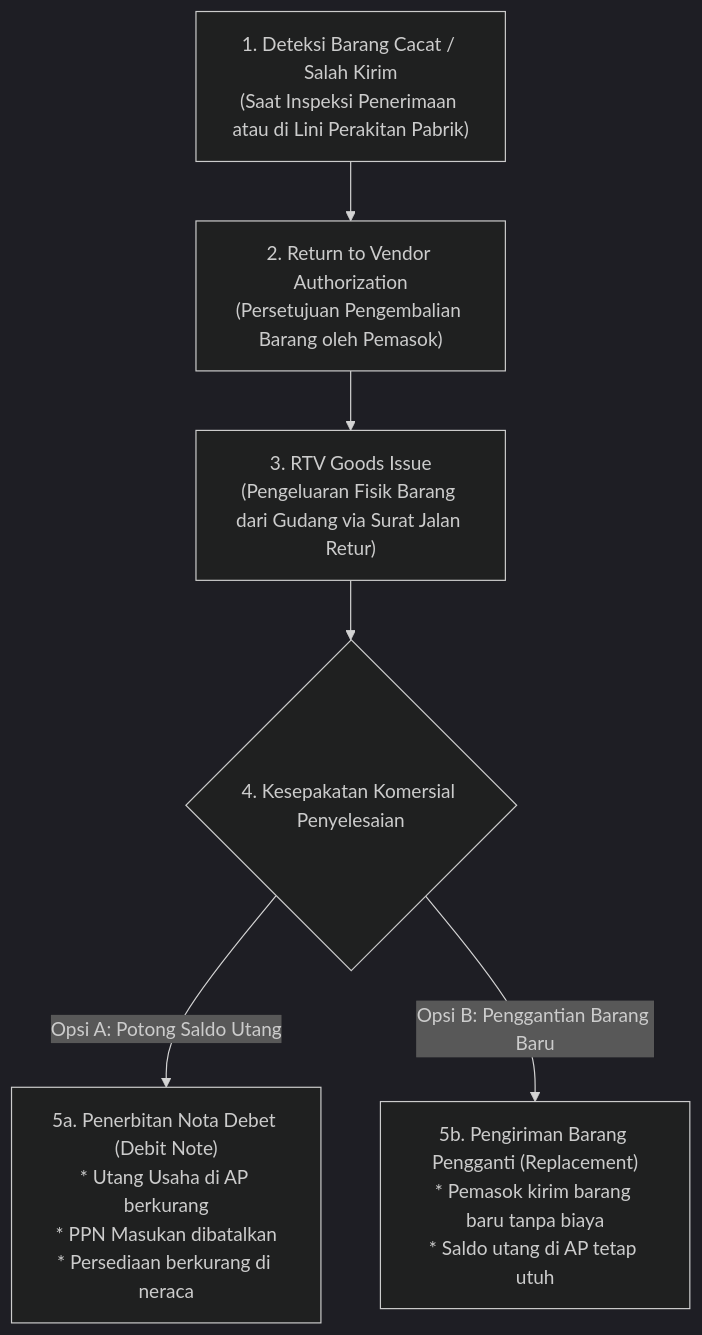
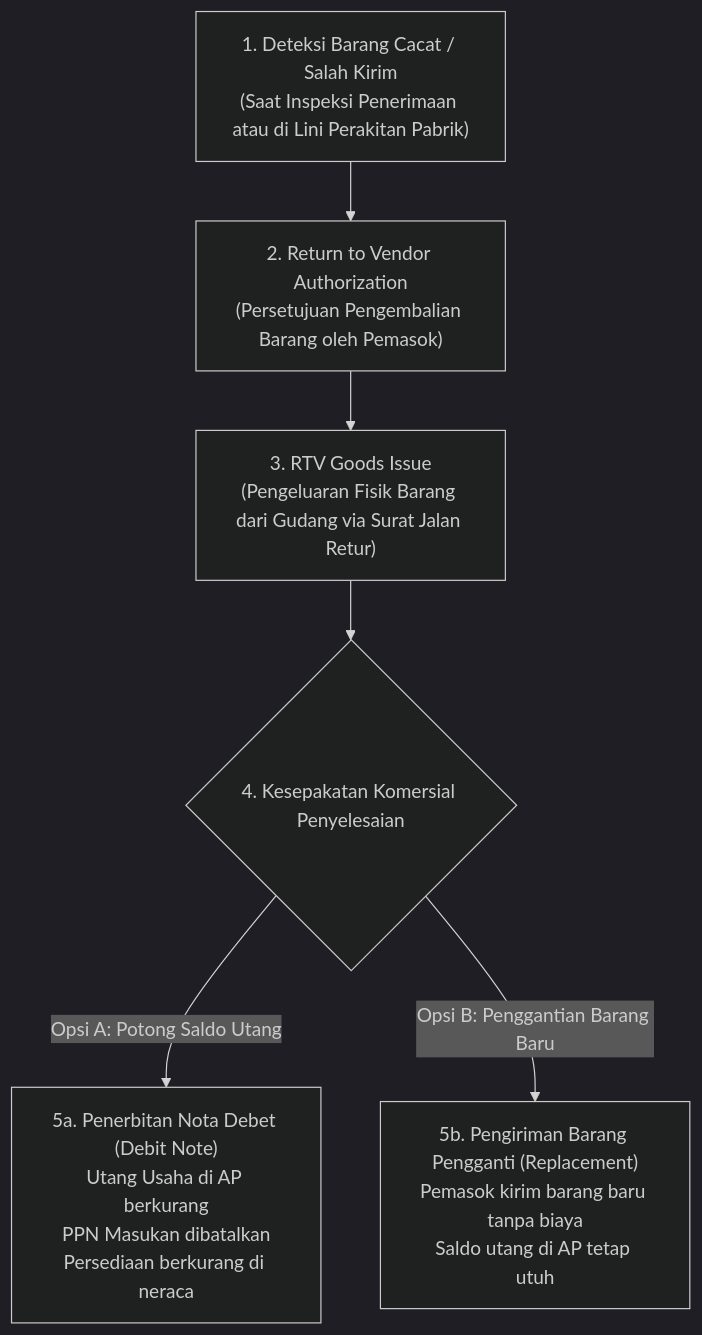
Before and after one commit to alimurrofid/erp-notes: the diagram in content/04-purchasing/purchase-return-and-debit-note.md, drawn with Mermaid (dark theme). The commit also changed 59 other files, not shown here.

Commit message:
fix(content):enter character mermaid

````diff
--- a/content/04-purchasing/purchase-return-and-debit-note.md
+++ b/content/04-purchasing/purchase-return-and-debit-note.md
@@ -32,12 +32,12 @@
 ```mermaid
 flowchart TD
-    Defect["1. Deteksi Barang Cacat / Salah Kirim\n(Saat Inspeksi Penerimaan atau di Lini Perakitan Pabrik)"]
-    --> Auth["2. Return to Vendor Authorization\n(Persetujuan Pengembalian Barang oleh Pemasok)"]
-    --> Ship["3. RTV Goods Issue\n(Pengeluaran Fisik Barang dari Gudang via Surat Jalan Retur)"]
+    Defect["1. Deteksi Barang Cacat / Salah Kirim<br/>(Saat Inspeksi Penerimaan atau di Lini Perakitan Pabrik)"]
+    --> Auth["2. Return to Vendor Authorization<br/>(Persetujuan Pengembalian Barang oleh Pemasok)"]
+    --> Ship["3. RTV Goods Issue<br/>(Pengeluaran Fisik Barang dari Gudang via Surat Jalan Retur)"]
     
     Ship --> Decision{"4. Kesepakatan Komersial Penyelesaian"}
     
-    Decision -->|Opsi A: Potong Saldo Utang| DN["5a. Penerbitan Nota Debet (Debit Note)\n* Utang Usaha di AP berkurang\n* PPN Masukan dibatalkan\n* Persediaan berkurang di neraca"]
+    Decision -->|Opsi A: Potong Saldo Utang| DN["5a. Penerbitan Nota Debet (Debit Note)<br/>Utang Usaha di AP berkurang<br/>PPN Masukan dibatalkan<br/>Persediaan berkurang di neraca"]
     
-    Decision -->|Opsi B: Penggantian Barang Baru| Repl["5b. Pengiriman Barang Pengganti (Replacement)\n* Pemasok kirim barang baru tanpa biaya\n* Saldo utang di AP tetap utuh"]
+    Decision -->|Opsi B: Penggantian Barang Baru| Repl["5b. Pengiriman Barang Pengganti (Replacement)<br/>Pemasok kirim barang baru tanpa biaya<br/>Saldo utang di AP tetap utuh"]
 ```
````
